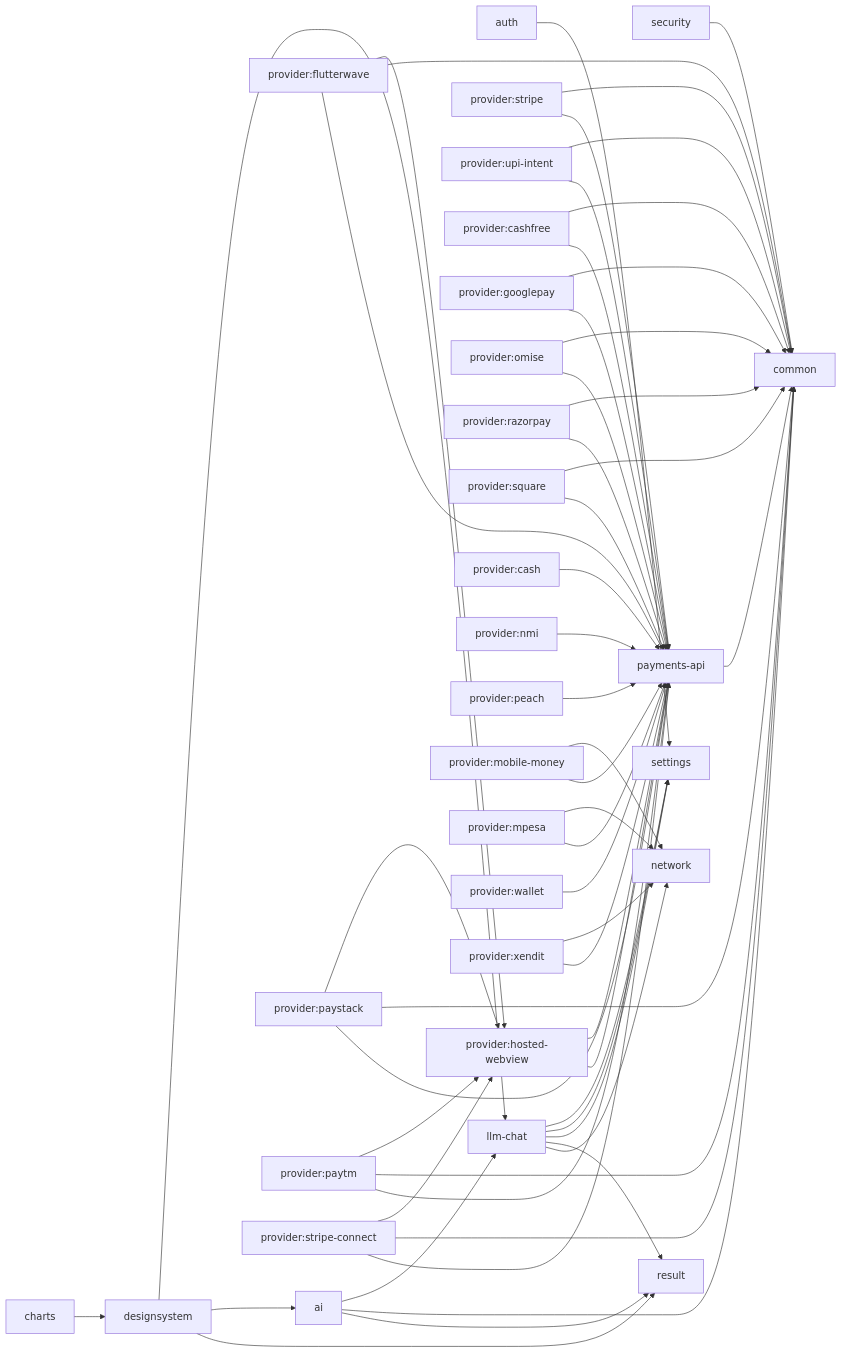
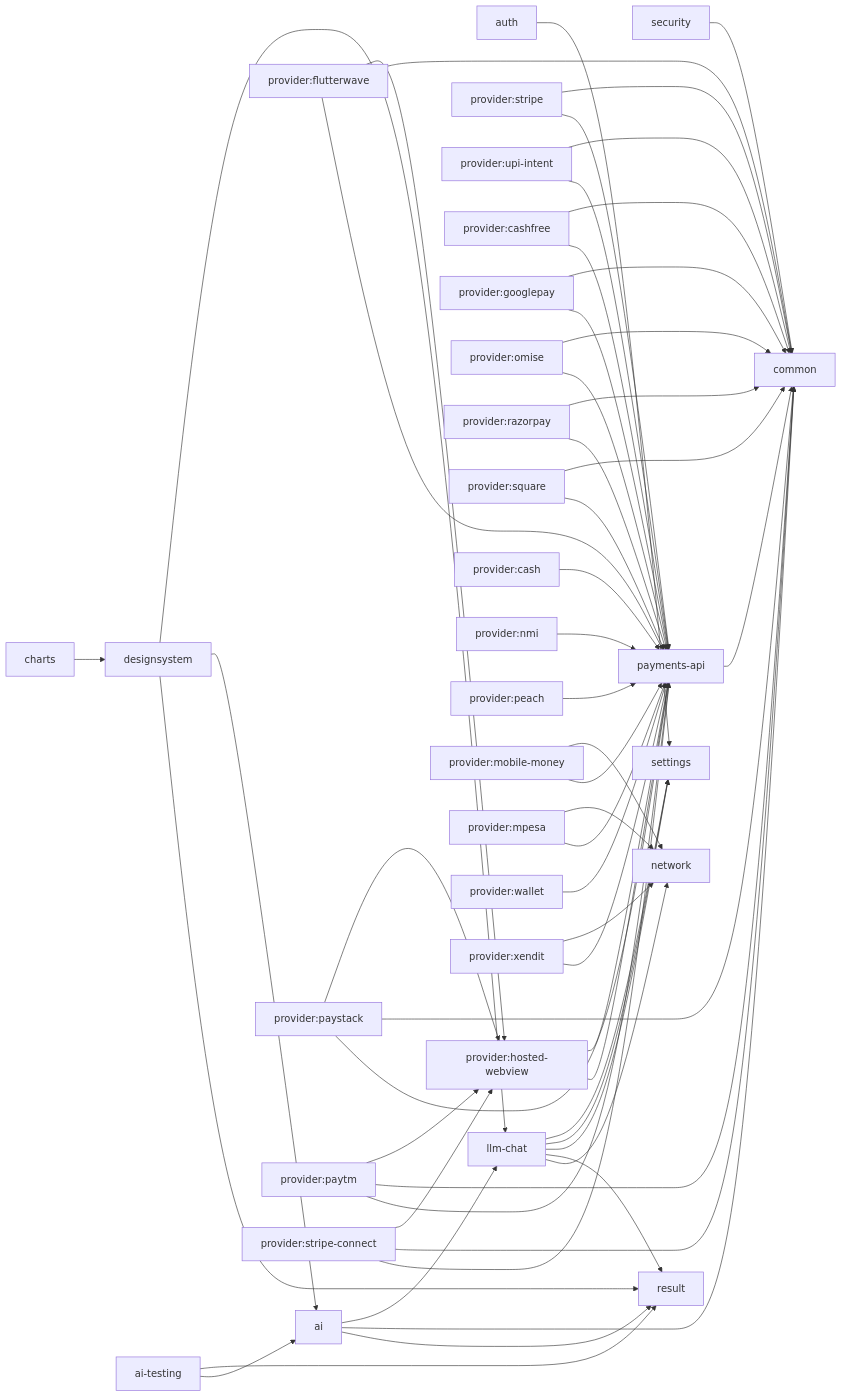
One commit to darkpandawarrior/kmp-toolkit changed the first of 3 diagrams in README.md. Above: the diagram before and after it, drawn with Mermaid. The commit also changed other lines of this file, not shown here.

````diff
--- a/README.md
+++ b/README.md
@@ -160,56 +173,58 @@
 ```mermaid
 graph LR
   security["security"] --> common["common"]
   auth["auth"] --> settings["settings"]
   designsystem["designsystem"] --> result["result"]
   designsystem["designsystem"] --> ai["ai"]
   designsystem["designsystem"] --> llm_chat["llm-chat"]
   ai["ai"] --> result["result"]
   ai["ai"] --> common["common"]
   ai["ai"] --> llm_chat["llm-chat"]
+  ai_testing["ai-testing"] --> ai["ai"]
+  ai_testing["ai-testing"] --> result["result"]
   llm_chat["llm-chat"] --> network["network"]
   llm_chat["llm-chat"] --> result["result"]
   llm_chat["llm-chat"] --> settings["settings"]
   llm_chat["llm-chat"] --> settings["settings"]
   llm_chat["llm-chat"] --> settings["settings"]
   payments_api["payments-api"] --> common["common"]
   charts["charts"] --> designsystem["designsystem"]
   provider_stripe["provider:stripe"] --> payments_api["payments-api"]
   provider_stripe["provider:stripe"] --> common["common"]
   provider_upi_intent["provider:upi-intent"] --> payments_api["payments-api"]
   provider_upi_intent["provider:upi-intent"] --> common["common"]
   provider_cashfree["provider:cashfree"] --> payments_api["payments-api"]
   provider_cashfree["provider:cashfree"] --> common["common"]
   provider_googlepay["provider:googlepay"] --> payments_api["payments-api"]
   provider_googlepay["provider:googlepay"] --> common["common"]
   provider_omise["provider:omise"] --> payments_api["payments-api"]
   provider_omise["provider:omise"] --> common["common"]
   provider_razorpay["provider:razorpay"] --> payments_api["payments-api"]
   provider_razorpay["provider:razorpay"] --> common["common"]
   provider_square["provider:square"] --> payments_api["payments-api"]
   provider_square["provider:square"] --> common["common"]
   provider_hosted_webview["provider:hosted-webview"] --> payments_api["payments-api"]
   provider_hosted_webview["provider:hosted-webview"] --> payments_api["payments-api"]
   provider_flutterwave["provider:flutterwave"] --> payments_api["payments-api"]
   provider_flutterwave["provider:flutterwave"] --> common["common"]
   provider_flutterwave["provider:flutterwave"] --> provider_hosted_webview["provider:hosted-webview"]
   provider_paystack["provider:paystack"] --> payments_api["payments-api"]
   provider_paystack["provider:paystack"] --> common["common"]
   provider_paystack["provider:paystack"] --> provider_hosted_webview["provider:hosted-webview"]
   provider_paytm["provider:paytm"] --> payments_api["payments-api"]
   provider_paytm["provider:paytm"] --> common["common"]
   provider_paytm["provider:paytm"] --> provider_hosted_webview["provider:hosted-webview"]
   provider_stripe_connect["provider:stripe-connect"] --> payments_api["payments-api"]
   provider_stripe_connect["provider:stripe-connect"] --> common["common"]
   provider_stripe_connect["provider:stripe-connect"] --> provider_hosted_webview["provider:hosted-webview"]
   provider_cash["provider:cash"] --> payments_api["payments-api"]
   provider_nmi["provider:nmi"] --> payments_api["payments-api"]
   provider_peach["provider:peach"] --> payments_api["payments-api"]
   provider_mobile_money["provider:mobile-money"] --> payments_api["payments-api"]
   provider_mobile_money["provider:mobile-money"] --> network["network"]
   provider_mpesa["provider:mpesa"] --> payments_api["payments-api"]
   provider_mpesa["provider:mpesa"] --> network["network"]
   provider_wallet["provider:wallet"] --> payments_api["payments-api"]
   provider_xendit["provider:xendit"] --> payments_api["payments-api"]
   provider_xendit["provider:xendit"] --> network["network"]
 ```
````
